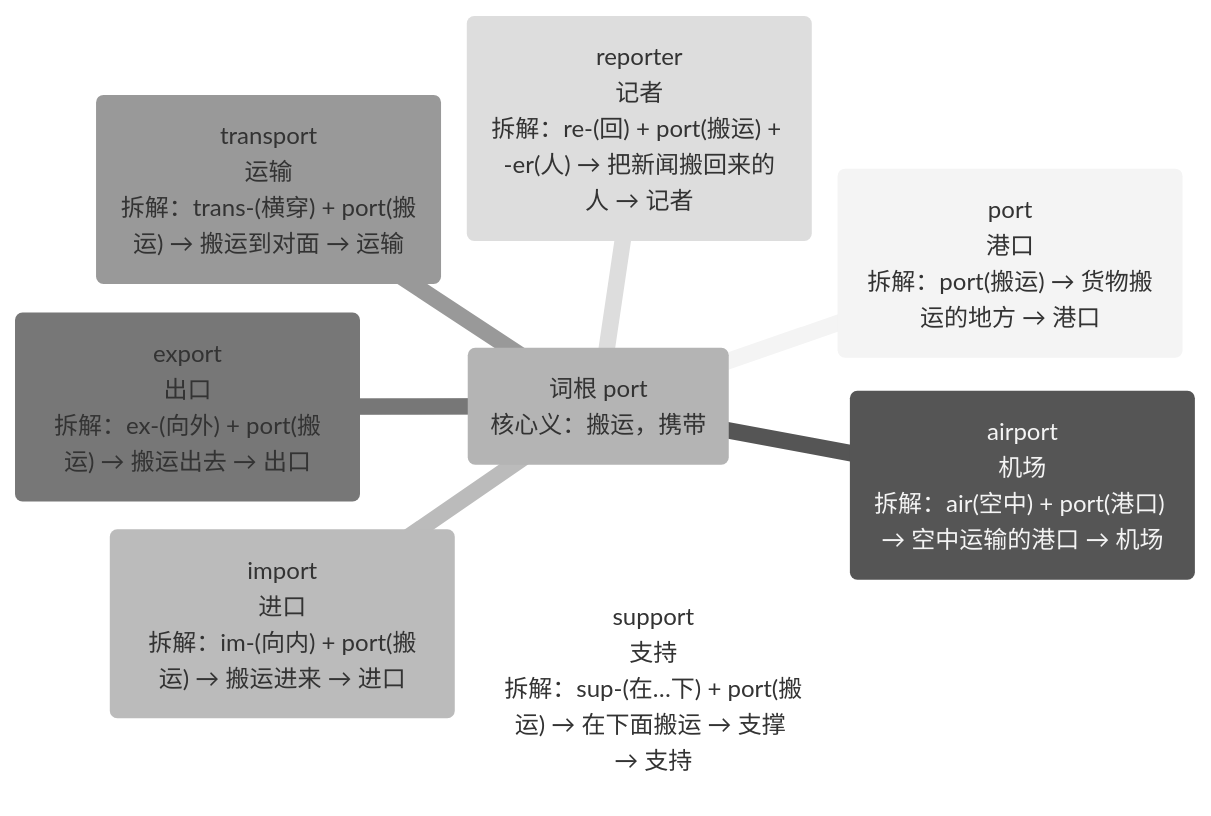
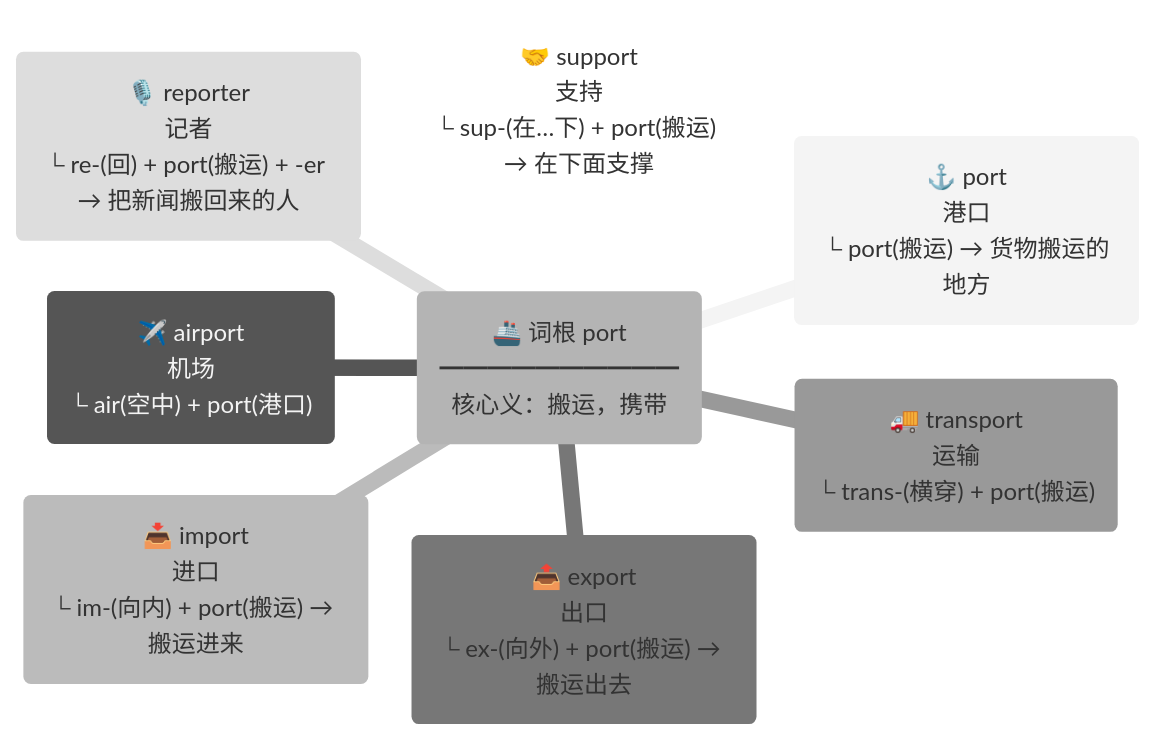
One commit to suhuide/h changed the fourth of 31 diagrams in files/other/e.md. Above: the diagram before and after it, drawn with Mermaid (neutral theme). The commit also changed other lines of this file, not shown here.

````diff
--- a/files/other/e.md
+++ b/files/other/e.md
@@ -36,11 +36,11 @@
 ```mermaid
 mindmap
-  root("词根 port<br>核心义：搬运，携带")
-    port("port<br>港口<br>拆解：port(搬运) → 货物搬运的地方 → 港口")
-    airport("airport<br>机场<br>拆解：air(空中) + port(港口) → 空中运输的港口 → 机场")
-    import("import<br>进口<br>拆解：im-(向内) + port(搬运) → 搬运进来 → 进口")
-    export("export<br>出口<br>拆解：ex-(向外) + port(搬运) → 搬运出去 → 出口")
-    transport("transport<br>运输<br>拆解：trans-(横穿) + port(搬运) → 搬运到对面 → 运输")
-    reporter("reporter<br>记者<br>拆解：re-(回) + port(搬运) + -er(人) → 把新闻搬回来的人 → 记者")
-    support("support<br>支持<br>拆解：sup-(在…下) + port(搬运) → 在下面搬运 → 支撑 → 支持")
-```
+  root("🚢 词根 port<br>━━━━━━━━━━<br>核心义：搬运，携带")
+    port("⚓ port<br>港口<br>└ port(搬运) → 货物搬运的地方")
+    airport("✈️ airport<br>机场<br>└ air(空中) + port(港口)")
+    import("📥 import<br>进口<br>└ im-(向内) + port(搬运) → 搬运进来")
+    export("📤 export<br>出口<br>└ ex-(向外) + port(搬运) → 搬运出去")
+    transport("🚚 transport<br>运输<br>└ trans-(横穿) + port(搬运)")
+    reporter("🎙️ reporter<br>记者<br>└ re-(回) + port(搬运) + -er → 把新闻搬回来的人")
+    support("🤝 support<br>支持<br>└ sup-(在…下) + port(搬运) → 在下面支撑")
+```    
````
